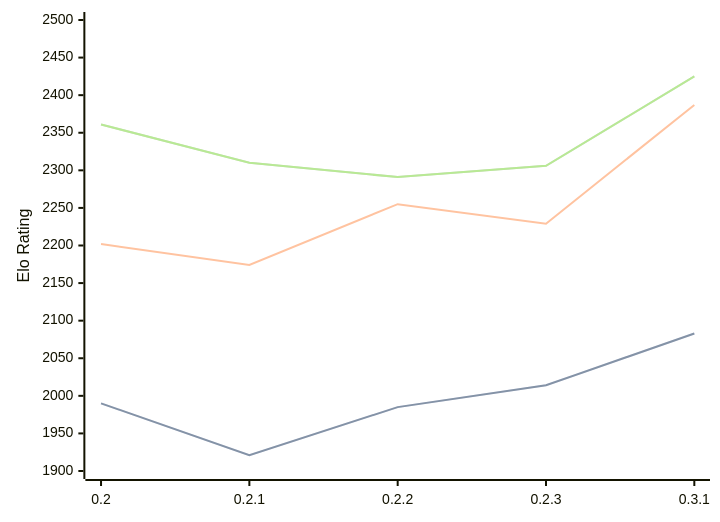
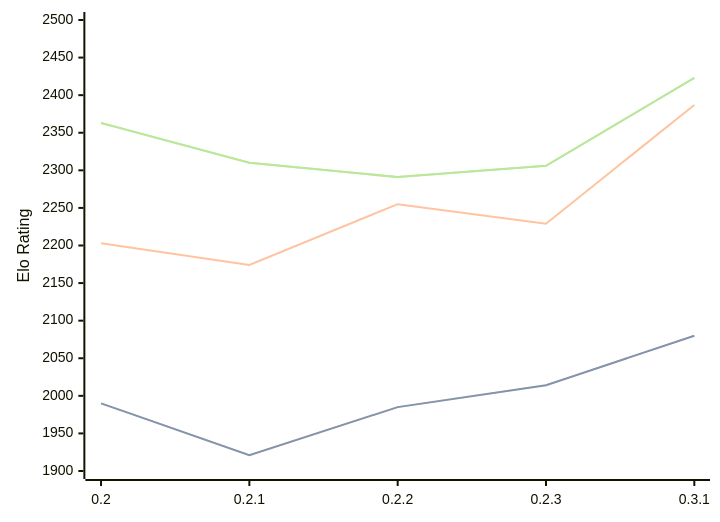
One commit to computer-chess-index/cci changed the third of 3 diagrams in engines/Lolbot.md. Above: the diagram before and after it, drawn with Mermaid. The commit also changed other lines of this file, not shown here.

Commit message:
Update CCI Ratings (ELO VLTC) - 2026-06-22

````diff
--- a/engines/Lolbot.md
+++ b/engines/Lolbot.md
@@ -69,11 +69,11 @@
 ```mermaid
 %%{init: {"theme":"base","themeVariables":{"seriesColors:['#a3a3a3','#222221','#faa371']}}}%%
 xychart-beta
   x-axis ["0.2", "0.2.1", "0.2.2", "0.2.3", "0.3.1"]
   y-axis "Elo Rating" 1900 --> 2500
-  line "STC (8.0+0.08s)" [1990, 1921, 1985, 2014, 2083]
-  line "STC (8.0+0.08s)" [1990, 1921, 1985, 2014, 2083]
-  line "LTC (60.0+0.60s)" [2202, 2174, 2255, 2229, 2387]
-  line "VLTC (2m24s+1.12s)" [2361, 2310, 2291, 2306, 2425]
-  line "VLTC (2m24s+1.12s)" [2361, 2310, 2291, 2306, 2425]
+  line "STC (8.0+0.08s)" [1990, 1921, 1985, 2014, 2080]
+  line "STC (8.0+0.08s)" [1990, 1921, 1985, 2014, 2080]
+  line "LTC (60.0+0.60s)" [2203, 2174, 2255, 2229, 2387]
+  line "VLTC (2m24s+1.12s)" [2363, 2310, 2291, 2306, 2423]
+  line "VLTC (2m24s+1.12s)" [2363, 2310, 2291, 2306, 2423]
 ```
````
